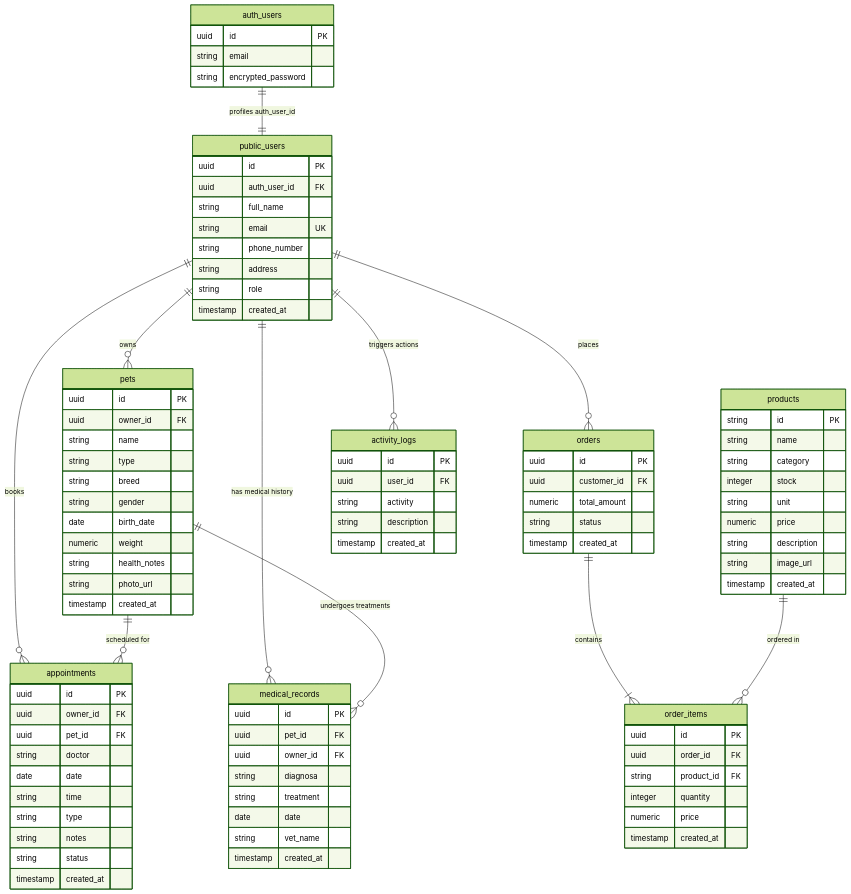
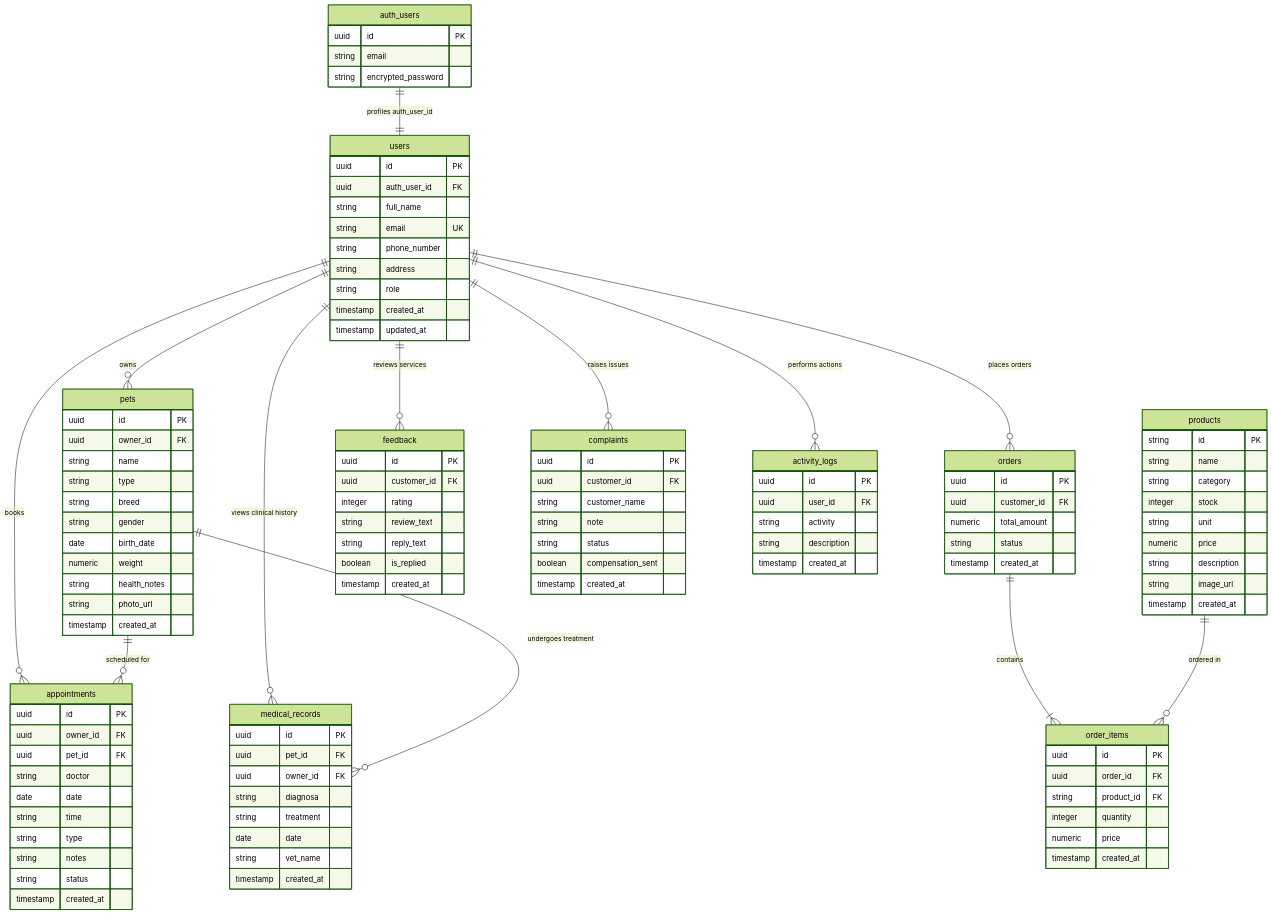
Before and after one commit to rafi24si3434/project-react: the diagram in README.md, drawn with Mermaid (forest theme). The commit also changed other lines of this file and 5 other files, not shown here.

````diff
--- a/README.md
+++ b/README.md
@@ -23,97 +23,130 @@
 ```mermaid
 erDiagram
     auth_users {
-        uuid id PK
-        string email
-        string encrypted_password
+        uuid      id                 PK
+        string    email
+        string    encrypted_password
     }
-    public_users {
-        uuid id PK
-        uuid auth_user_id FK
-        string full_name
-        string email UK
-        string phone_number
-        string address
-        string role
+
+    users {
+        uuid      id                 PK
+        uuid      auth_user_id       FK
+        string    full_name
+        string    email              UK
+        string    phone_number
+        string    address
+        string    role
         timestamp created_at
+        timestamp updated_at
     }
+
     pets {
-        uuid id PK
-        uuid owner_id FK
-        string name
-        string type
-        string breed
-        string gender
-        date birth_date
-        numeric weight
-        string health_notes
-        string photo_url
-        timestamp created_at
-    }
-    appointments {
-        uuid id PK
-        uuid owner_id FK
-        uuid pet_id FK
-        string doctor
-        date date
-        string time
-        string type
-        string notes
-        string status
-        timestamp created_at
-    }
-    products {
-        string id PK
-        string name
-        string category
-        integer stock
-        string unit
-        numeric price
-        string description
-        string image_url
-        timestamp created_at
-    }
-    orders {
-        uuid id PK
-        uuid customer_id FK
-        numeric total_amount
-        string status
-        timestamp created_at
-    }
-    order_items {
-        uuid id PK
-        uuid order_id FK
-        string product_id FK
-        integer quantity
-        numeric price
-        timestamp created_at
-    }
-    medical_records {
-        uuid id PK
-        uuid pet_id FK
-        uuid owner_id FK
-        string diagnosa
-        string treatment
-        date date
-        string vet_name
-        timestamp created_at
-    }
-    activity_logs {
-        uuid id PK
-        uuid user_id FK
-        string activity
-        string description
+        uuid      id                 PK
+        uuid      owner_id           FK
+        string    name
+        string    type
+        string    breed
+        string    gender
+        date      birth_date
+        numeric   weight
+        string    health_notes
+        string    photo_url
         timestamp created_at
     }
 
-    auth_users ||--|| public_users : "profiles auth_user_id"
-    public_users ||--o{ pets : "owns"
-    public_users ||--o{ appointments : "books"
-    public_users ||--o{ orders : "places"
-    public_users ||--o{ medical_records : "has medical history"
-    public_users ||--o{ activity_logs : "triggers actions"
-    pets ||--o{ appointments : "scheduled for"
-    pets ||--o{ medical_records : "undergoes treatments"
-    orders ||--|{ order_items : "contains"
-    products ||--o{ order_items : "ordered in"
+    appointments {
+        uuid      id                 PK
+        uuid      owner_id           FK
+        uuid      pet_id             FK
+        string    doctor
+        date      date
+        string    time
+        string    type
+        string    notes
+        string    status
+        timestamp created_at
+    }
+
+    medical_records {
+        uuid      id                 PK
+        uuid      pet_id             FK
+        uuid      owner_id           FK
+        string    diagnosa
+        string    treatment
+        date      date
+        string    vet_name
+        timestamp created_at
+    }
+
+    products {
+        string    id                 PK
+        string    name
+        string    category
+        integer   stock
+        string    unit
+        numeric   price
+        string    description
+        string    image_url
+        timestamp created_at
+    }
+
+    orders {
+        uuid      id                 PK
+        uuid      customer_id        FK
+        numeric   total_amount
+        string    status
+        timestamp created_at
+    }
+
+    order_items {
+        uuid      id                 PK
+        uuid      order_id           FK
+        string    product_id         FK
+        integer   quantity
+        numeric   price
+        timestamp created_at
+    }
+
+    feedback {
+        uuid      id                 PK
+        uuid      customer_id        FK
+        integer   rating
+        string    review_text
+        string    reply_text
+        boolean   is_replied
+        timestamp created_at
+    }
+
+    complaints {
+        uuid      id                 PK
+        uuid      customer_id        FK
+        string    customer_name
+        string    note
+        string    status
+        boolean   compensation_sent
+        timestamp created_at
+    }
+
+    activity_logs {
+        uuid      id                 PK
+        uuid      user_id            FK
+        string    activity
+        string    description
+        timestamp created_at
+    }
+
+    auth_users      ||--|| users           : "profiles auth_user_id"
+    users           ||--o{ pets            : "owns"
+    users           ||--o{ appointments    : "books"
+    users           ||--o{ medical_records : "views clinical history"
+    users           ||--o{ orders          : "places orders"
+    users           ||--o{ feedback        : "reviews services"
+    users           ||--o{ complaints      : "raises issues"
+    users           ||--o{ activity_logs   : "performs actions"
+
+    pets            ||--o{ appointments    : "scheduled for"
+    pets            ||--o{ medical_records : "undergoes treatment"
+
+    orders          ||--|{ order_items     : "contains"
+    products        ||--o{ order_items     : "ordered in"
 ```
````
